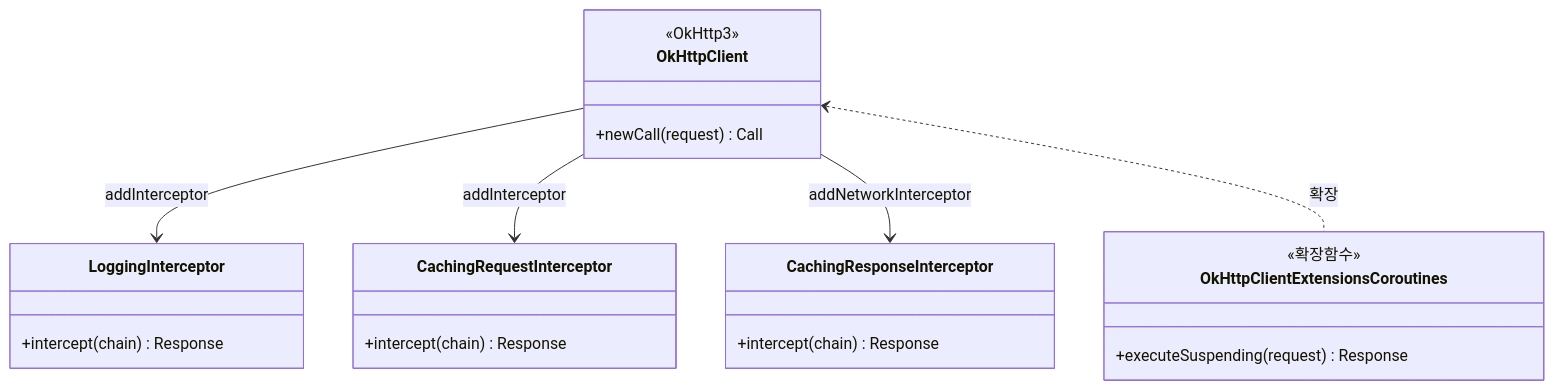
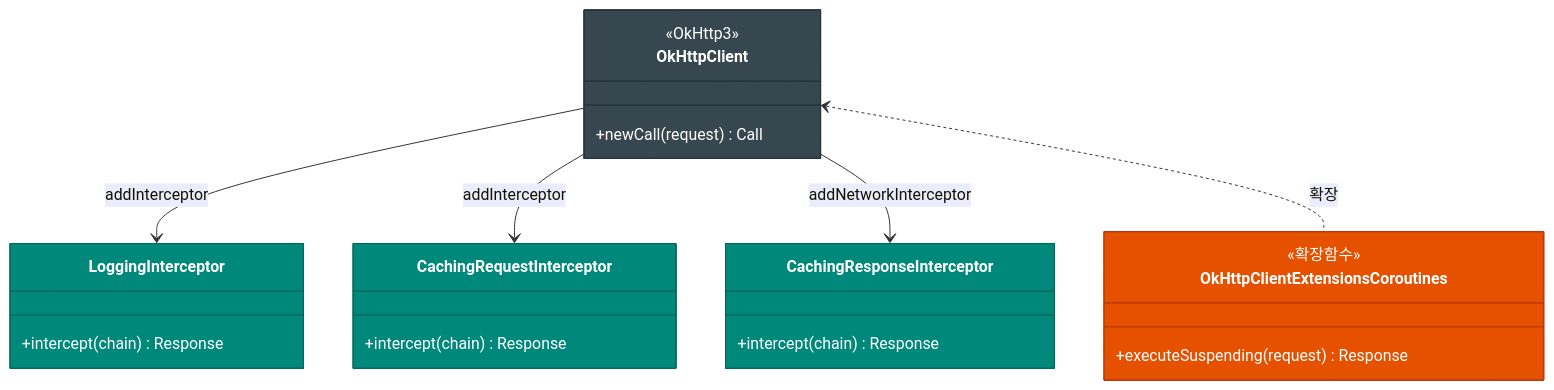
One commit to bluetape4k/bluetape4k-projects changed the third of 4 diagrams in io/http/README.ko.md. Above: the diagram before and after it, drawn with Mermaid. The commit also changed other lines of this file and 221 other files, not shown here.

First line of the commit message:
docs: 전체 모듈 README UML 다이어그램 보강 및 색상 업그레이드

````diff
--- a/io/http/README.ko.md
+++ b/io/http/README.ko.md
@@ -82,29 +100,35 @@
 ```mermaid
 classDiagram
     class OkHttpClient {
         <<OkHttp3>>
         +newCall(request) Call
     }
 
     class LoggingInterceptor {
         +intercept(chain) Response
     }
 
     class CachingRequestInterceptor {
         +intercept(chain) Response
     }
 
     class CachingResponseInterceptor {
         +intercept(chain) Response
     }
 
     class OkHttpClientExtensionsCoroutines {
         <<확장함수>>
         +executeSuspending(request) Response
     }
 
     OkHttpClient --> LoggingInterceptor : addInterceptor
     OkHttpClient --> CachingRequestInterceptor : addInterceptor
     OkHttpClient --> CachingResponseInterceptor : addNetworkInterceptor
     OkHttpClient <.. OkHttpClientExtensionsCoroutines : 확장
+
+    style OkHttpClient fill:#37474F,stroke:#263238,color:#FFFFFF
+    style LoggingInterceptor fill:#00897B,stroke:#00695C,color:#FFFFFF
+    style CachingRequestInterceptor fill:#00897B,stroke:#00695C,color:#FFFFFF
+    style CachingResponseInterceptor fill:#00897B,stroke:#00695C,color:#FFFFFF
+    style OkHttpClientExtensionsCoroutines fill:#E65100,stroke:#BF360C,color:#FFFFFF
 ```
````
